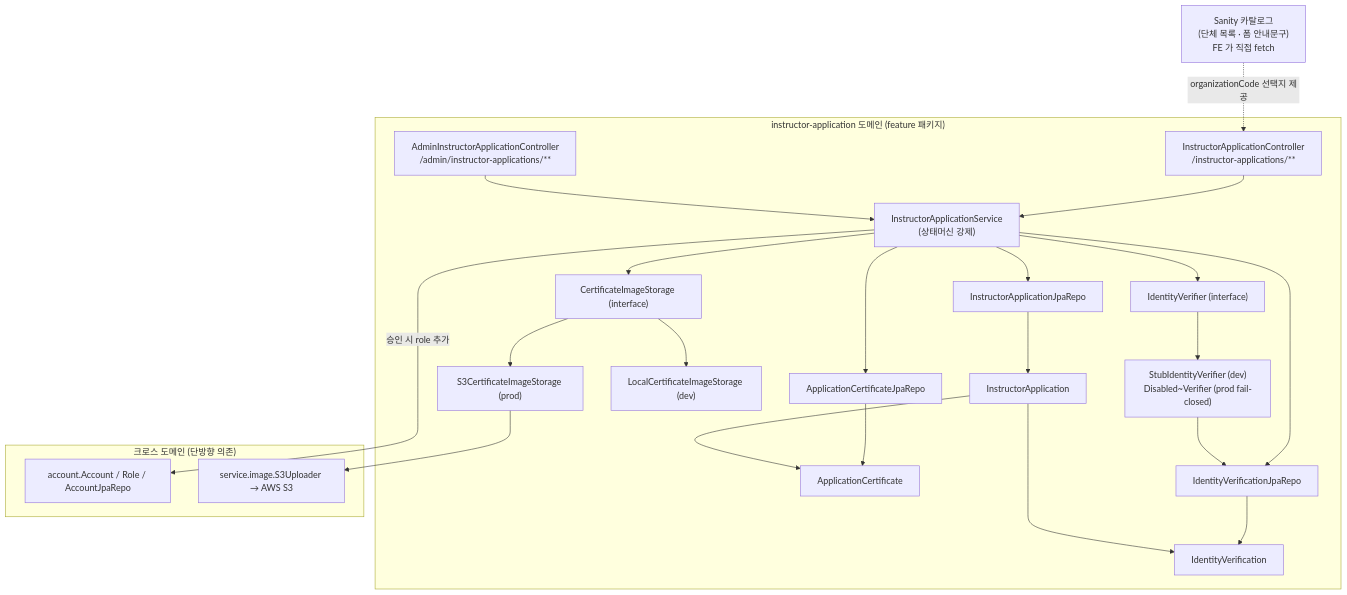
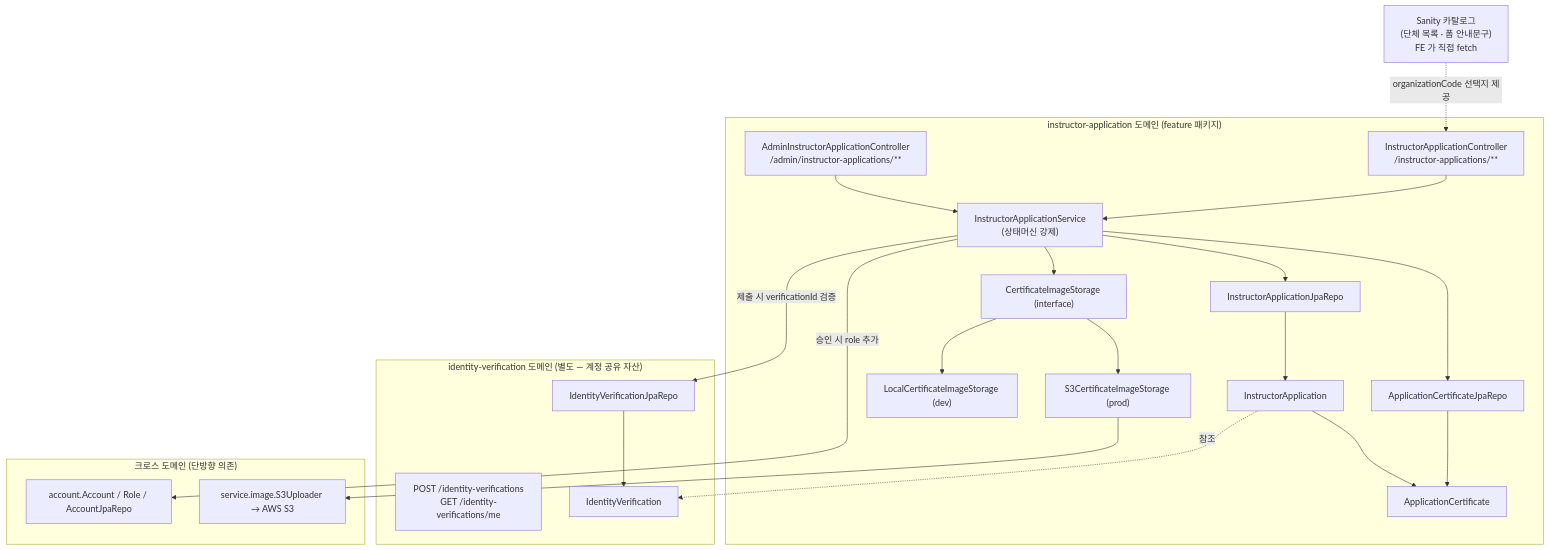
Before and after one commit to pungdong/Pungdong-Backend: the first of 4 diagrams in docs/architecture/instructor-application.md, drawn with Mermaid. The commit also changed other lines of this file and 5 other files, not shown here.

First line of the commit message:
Docs: 본인확인 도메인 승격 반영 (identity-verification.md + types.ts + 도메인 CLAUDE)

````diff
--- a/docs/architecture/instructor-application.md
+++ b/docs/architecture/instructor-application.md
@@ -15,41 +15,41 @@
 ```mermaid
 flowchart TB
     subgraph Apply["instructor-application 도메인 (feature 패키지)"]
         UserCtl["InstructorApplicationController<br/>/instructor-applications/**"]
         AdminCtl["AdminInstructorApplicationController<br/>/admin/instructor-applications/**"]
         Svc["InstructorApplicationService<br/>(상태머신 강제)"]
-        Verifier["IdentityVerifier (interface)"]
-        Stub["StubIdentityVerifier (dev)<br/>Disabled~Verifier (prod fail-closed)"]
         Storage["CertificateImageStorage (interface)"]
         StoreS3["S3CertificateImageStorage (prod)"]
         StoreLocal["LocalCertificateImageStorage (dev)"]
         AppEntity["InstructorApplication"]
         CertEntity["ApplicationCertificate"]
+        AppRepo["InstructorApplicationJpaRepo"]
+        CertRepo["ApplicationCertificateJpaRepo"]
+    end
+
+    subgraph IDV["identity-verification 도메인 (별도 — 계정 공유 자산)"]
+        IdvApi["POST /identity-verifications<br/>GET /identity-verifications/me"]
+        IdvRepo["IdentityVerificationJpaRepo"]
         IdvEntity["IdentityVerification"]
-        AppRepo["InstructorApplicationJpaRepo"]
-        IdvRepo["IdentityVerificationJpaRepo"]
-        CertRepo["ApplicationCertificateJpaRepo"]
     end
 
     subgraph Shared["크로스 도메인 (단방향 의존)"]
         Account["account.Account / Role / AccountJpaRepo"]
         S3up["service.image.S3Uploader → AWS S3"]
     end
 
     Sanity["Sanity 카탈로그<br/>(단체 목록 · 폼 안내문구)<br/>FE 가 직접 fetch"]
 
     UserCtl --> Svc
     AdminCtl --> Svc
-    Svc --> Verifier --> Stub
     Svc --> Storage
     Storage --> StoreS3 --> S3up
     Storage --> StoreLocal
     Svc --> AppRepo --> AppEntity
-    Svc --> IdvRepo --> IdvEntity
     Svc --> CertRepo --> CertEntity
-    Stub --> IdvRepo
+    Svc -->|제출 시 verificationId 검증| IdvRepo --> IdvEntity
+    AppEntity -.참조.-> IdvEntity
     AppEntity --> CertEntity
-    AppEntity --> IdvEntity
     Svc -->|승인 시 role 추가| Account
     Sanity -.organizationCode 선택지 제공.-> UserCtl
 ```
````
